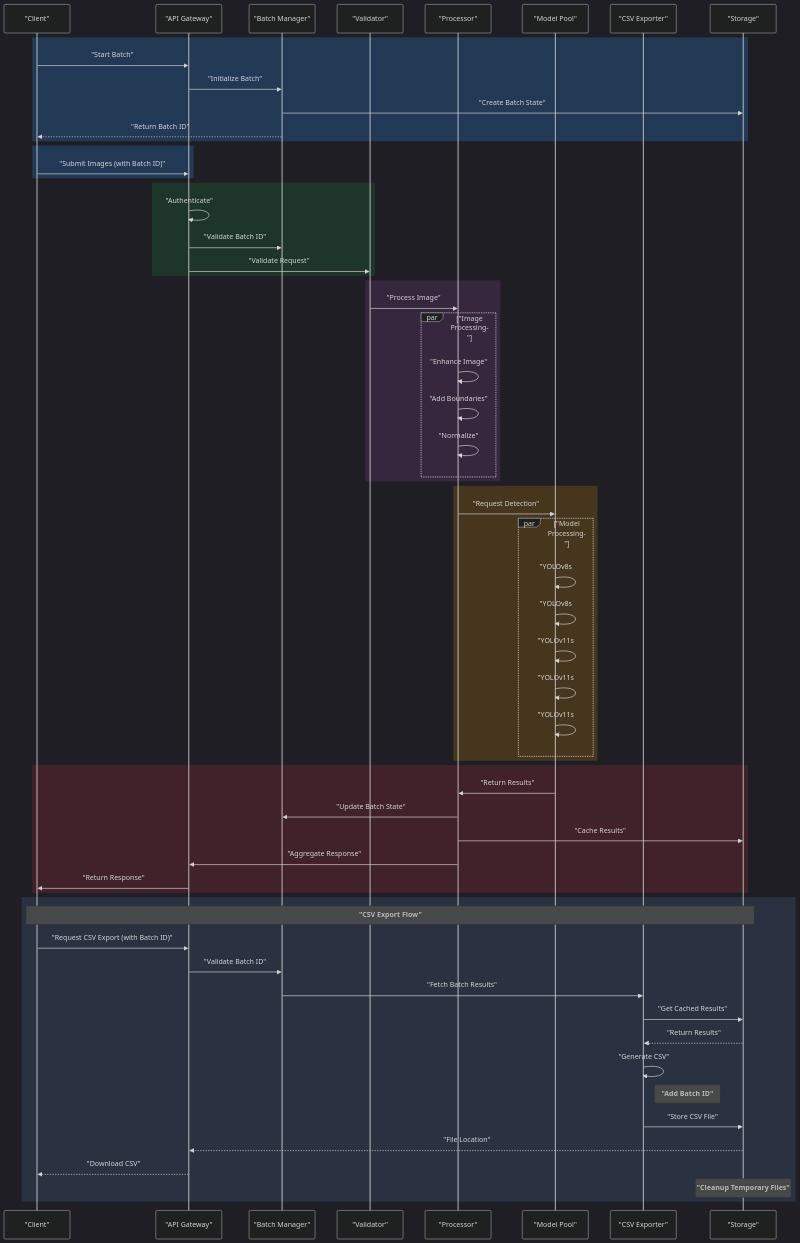
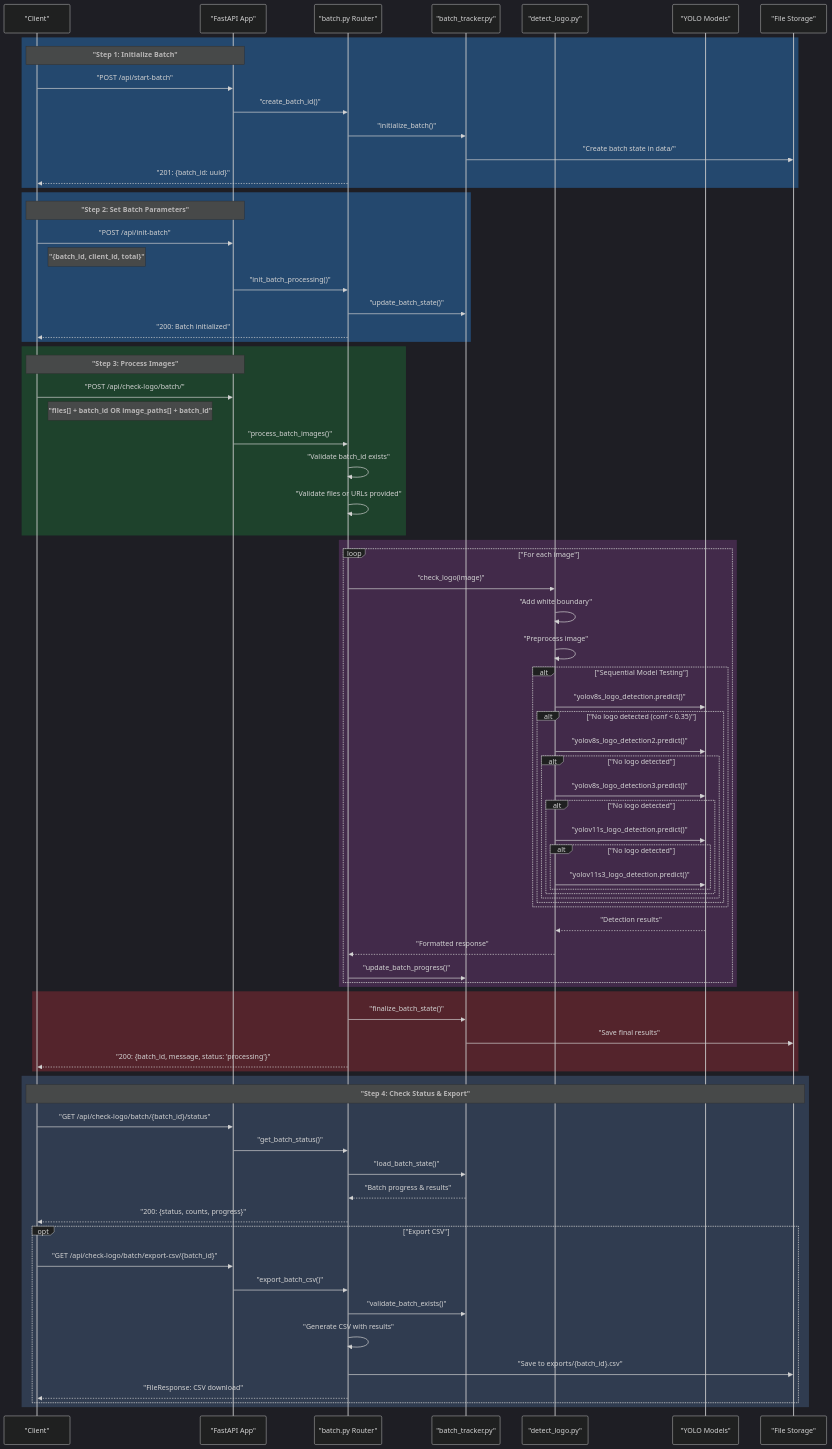
One commit to Dhruv0306/SymphonyProject1 changed the fifth of 9 diagrams in README.md. Above: the diagram before and after it, drawn with Mermaid. The commit also changed other lines of this file and 36 other files, not shown here.

First line of the commit message:
docs: enhance architecture and feature documentation

````diff
--- a/README.md
+++ b/README.md
@@ -311,73 +351,89 @@
 %%{init: {'theme': 'dark', 'themeVariables': { 'fontFamily': 'arial', 'fontSize': '18px', 'fontWeight': 'bold', 'messageFontWeight': 'bold', 'noteFontWeight': 'bold'}}}%%
 sequenceDiagram
     participant C as "Client"
-    participant A as "API Gateway"
-    participant B as "Batch Manager"
-    participant V as "Validator"
-    participant P as "Processor"
-    participant M as "Model Pool"
-    participant E as "CSV Exporter"
-    participant S as "Storage"
+    participant A as "FastAPI App"
+    participant B as "batch.py Router"
+    participant T as "batch_tracker.py"
+    participant D as "detect_logo.py"
+    participant M as "YOLO Models"
+    participant S as "File Storage"
 
-    rect rgba(40, 100, 160, 0.4)
-        C->>A: "Start Batch"
-        A->>B: "Initialize Batch"
-        B->>S: "Create Batch State"
-        B-->>C: "Return Batch ID"
+    rect rgba(40, 100, 160, 0.6)
+        Note over C,A: "Step 1: Initialize Batch"
+        C->>A: "POST /api/start-batch"
+        A->>B: "create_batch_id()"
+        B->>T: "initialize_batch()"
+        T->>S: "Create batch state in data/"
+        B-->>C: "201: {batch_id: uuid}"
     end
 
-    rect rgba(40, 100, 160, 0.4)
-        C->>A: "Submit Images (with Batch ID)"
+    rect rgba(40, 100, 160, 0.6)
+        Note over C,A: "Step 2: Set Batch Parameters"
+        C->>A: "POST /api/init-batch"
+        Note right of C: "{batch_id, client_id, total}"
+        A->>B: "init_batch_processing()"
+        B->>T: "update_batch_state()"
+        B-->>C: "200: Batch initialized"
     end
     
-    rect rgba(30, 90, 50, 0.4)
-        A->>A: "Authenticate"
-        A->>B: "Validate Batch ID"
-        A->>V: "Validate Request"
+    rect rgba(30, 90, 50, 0.6)
+        Note over C,A: "Step 3: Process Images"
+        C->>A: "POST /api/check-logo/batch/"
+        Note right of C: "files[] + batch_id OR image_paths[] + batch_id"
+        A->>B: "process_batch_images()"
+        B->>B: "Validate batch_id exists"
+        B->>B: "Validate files or URLs provided"
     end
     
-    rect rgba(90, 50, 100, 0.4)
-        V->>P: "Process Image"
-        
-        par "Image Processing"
-            P->>P: "Enhance Image"
-            P->>P: "Add Boundaries"
-            P->>P: "Normalize"
+    rect rgba(90, 50, 100, 0.6)
+        loop "For each image"
+            B->>D: "check_logo(image)"
+            D->>D: "Add white boundary"
+            D->>D: "Preprocess image"
+            
+            alt "Sequential Model Testing"
+                D->>M: "yolov8s_logo_detection.predict()"
+                alt "No logo detected (conf < 0.35)"
+                    D->>M: "yolov8s_logo_detection2.predict()"
+                    alt "No logo detected"
+                        D->>M: "yolov8s_logo_detection3.predict()"
+                        alt "No logo detected"
+                            D->>M: "yolov11s_logo_detection.predict()"
+                            alt "No logo detected"
+                                D->>M: "yolov11s3_logo_detection.predict()"
+                            end
+                        end
+                    end
+                end
+            end
+            
+            M-->>D: "Detection results"
+            D-->>B: "Formatted response"
+            B->>T: "update_batch_progress()"
         end
     end
     
-    rect rgba(130, 90, 20, 0.4) 
-        P->>M: "Request Detection"
+    rect rgba(120, 40, 50, 0.6)
+        B->>T: "finalize_batch_state()"
+        T->>S: "Save final results"
+        B-->>C: "200: {batch_id, message, status: 'processing'}"
+    end
+
+    rect rgba(60, 80, 110, 0.6)
+        Note over C,S: "Step 4: Check Status & Export"
+        C->>A: "GET /api/check-logo/batch/{batch_id}/status"
+        A->>B: "get_batch_status()"
+        B->>T: "load_batch_state()"
+        T-->>B: "Batch progress & results"
+        B-->>C: "200: {status, counts, progress}"
         
-        par "Model Processing"
-            M->>M: "YOLOv8s #1"
-            M->>M: "YOLOv8s #2"
-            M->>M: "YOLOv11s #1"
-            M->>M: "YOLOv11s #2"
-            M->>M: "YOLOv11s #3"
+        opt "Export CSV"
+            C->>A: "GET /api/check-logo/batch/export-csv/{batch_id}"
+            A->>B: "export_batch_csv()"
+            B->>T: "validate_batch_exists()"
+            B->>B: "Generate CSV with results"
+            B->>S: "Save to exports/{batch_id}.csv"
+            B-->>C: "FileResponse: CSV download"
         end
     end
-    
-    rect rgba(120, 40, 50, 0.4)
-        M->>P: "Return Results"
-        P->>B: "Update Batch State"
-        P->>S: "Cache Results"
-        P->>A: "Aggregate Response"
-        A->>C: "Return Response"
-    end
-
-    rect rgba(60, 80, 110, 0.4)
-        Note over C,S: "CSV Export Flow"
-        C->>A: "Request CSV Export (with Batch ID)"
-        A->>B: "Validate Batch ID"
-        B->>E: "Fetch Batch Results"
-        E->>S: "Get Cached Results"
-        S-->>E: "Return Results"
-        E->>E: "Generate CSV"
-        Note right of E: "Add Batch ID"
-        E->>S: "Store CSV File"
-        S-->>A: "File Location"
-        A-->>C: "Download CSV"
-        Note over S: "Cleanup Temporary Files"
-    end
 ```
````
